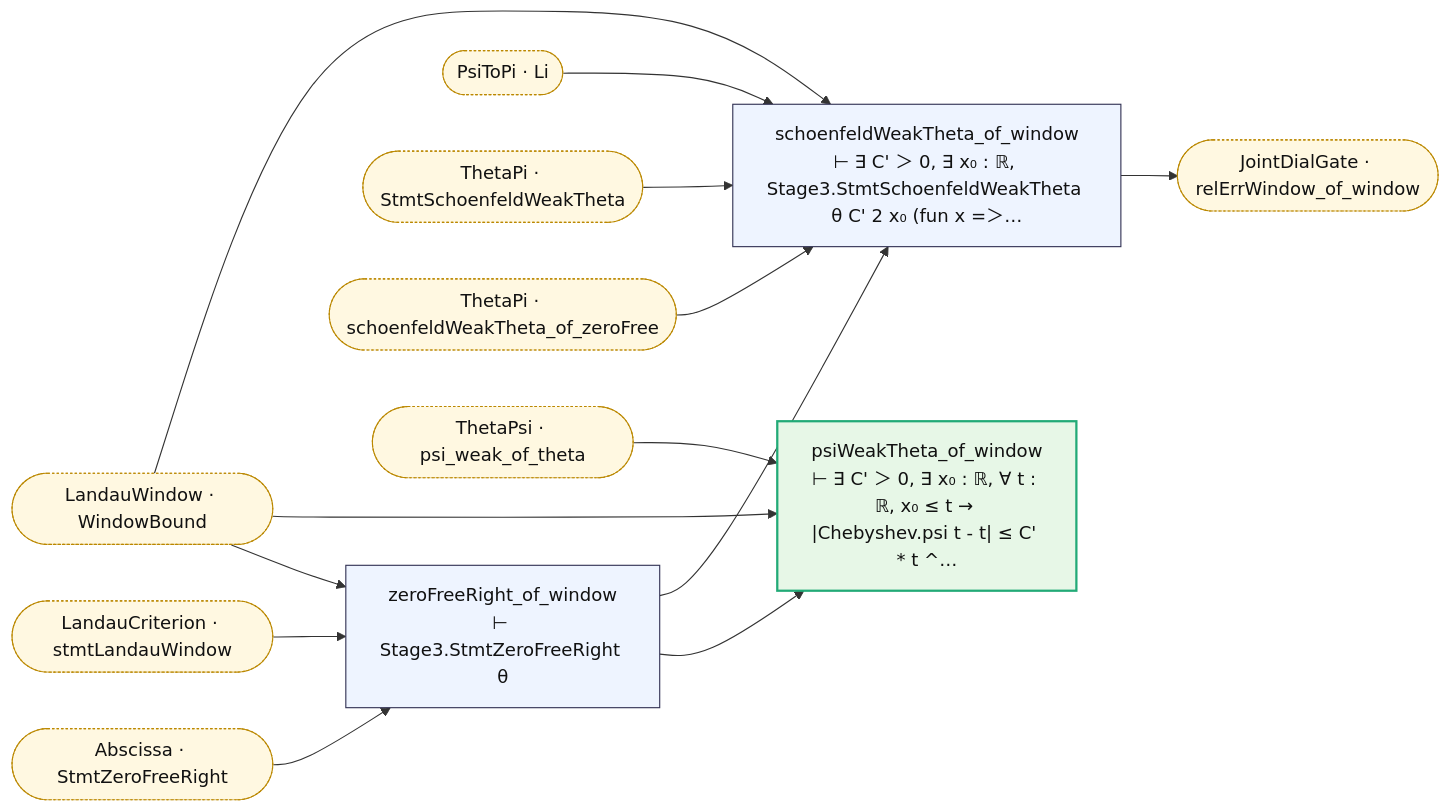
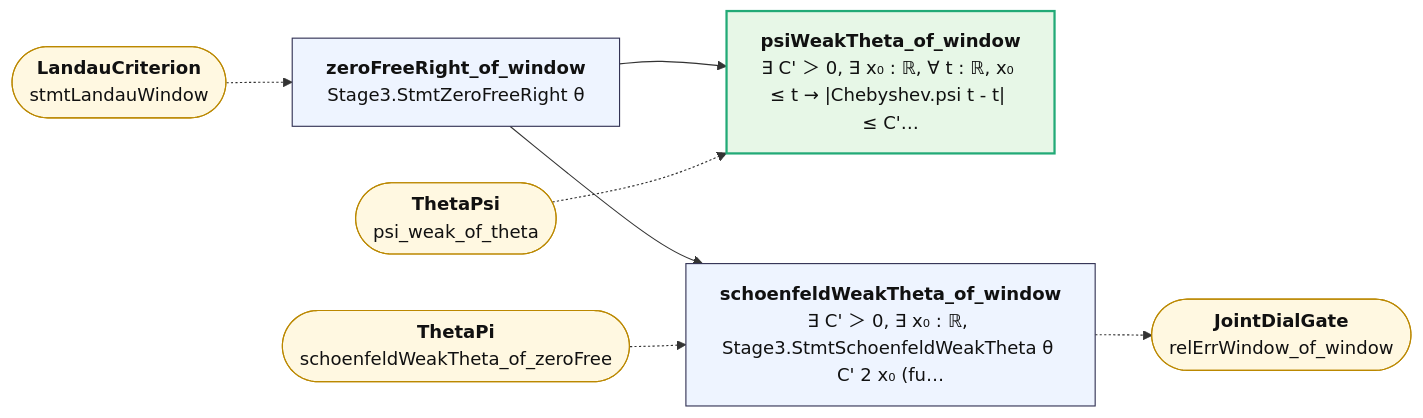
One commit to juliansambranojr/Primebeat_081426 changed the diagram in map/lean_stage3/JointWindowDial.md. Above: the diagram before and after it, drawn with Mermaid. The commit also changed other lines of this file and 387 other files, not shown here.

````diff
--- a/map/lean_stage3/JointWindowDial.md
+++ b/map/lean_stage3/JointWindowDial.md
@@ -8,32 +12,21 @@
 ```mermaid
 flowchart LR
-  n0["zeroFreeRight_of_window<br/>⊢ Stage3.StmtZeroFreeRight θ"]:::thm
-  n1["psiWeakTheta_of_window<br/>⊢ ∃ C' ＞ 0, ∃ x₀ : ℝ, ∀ t : ℝ, x₀ ≤ t → |Chebyshev.psi t - t| ≤ C' * t ^…"]:::end_
-  n2["schoenfeldWeakTheta_of_window<br/>⊢ ∃ C' ＞ 0, ∃ x₀ : ℝ, Stage3.StmtSchoenfeldWeakTheta θ C' 2 x₀ (fun x =＞…"]:::thm
-  x0(["Abscissa · StmtZeroFreeRight"]):::ext
-  x1(["JointDialGate · relErrWindow_of_window"]):::ext
-  x2(["LandauCriterion · stmtLandauWindow"]):::ext
-  x3(["LandauWindow · WindowBound"]):::ext
-  x4(["PsiToPi · Li"]):::ext
-  x5(["ThetaPi · StmtSchoenfeldWeakTheta"]):::ext
-  x6(["ThetaPi · schoenfeldWeakTheta_of_zeroFree"]):::ext
-  x7(["ThetaPsi · psi_weak_of_theta"]):::ext
+  n0["<b>zeroFreeRight_of_window</b><br/>Stage3.StmtZeroFreeRight θ"]:::thm
+  n1["<b>psiWeakTheta_of_window</b><br/>∃ C' ＞ 0, ∃ x₀ : ℝ, ∀ t : ℝ, x₀ ≤ t → |Chebyshev.psi t - t| ≤ C'…"]:::end_
+  n2["<b>schoenfeldWeakTheta_of_window</b><br/>∃ C' ＞ 0, ∃ x₀ : ℝ, Stage3.StmtSchoenfeldWeakTheta θ C' 2 x₀ (fu…"]:::thm
+  x0(["<b>LandauCriterion</b><br/>stmtLandauWindow"]):::ext
+  x1(["<b>ThetaPsi</b><br/>psi_weak_of_theta"]):::ext
+  x2(["<b>ThetaPi</b><br/>schoenfeldWeakTheta_of_zeroFree"]):::ext
+  x3(["<b>JointDialGate</b><br/>relErrWindow_of_window"]):::ext
   n0 --> n1
   n0 --> n2
-  n2 --> x1
-  x0 --> n0
-  x2 --> n0
-  x3 --> n0
-  x3 --> n1
-  x3 --> n2
-  x4 --> n2
-  x5 --> n2
-  x6 --> n2
-  x7 --> n1
+  n2 -.-> x3
+  x0 -.-> n0
+  x1 -.-> n1
+  x2 -.-> n2
   classDef thm fill:#eef4ff,stroke:#335,color:#111
-  classDef dfn fill:#f2f2f2,stroke:#777,color:#111
   classDef end_ fill:#e7f7e7,stroke:#2a7,color:#111,stroke-width:2px
   classDef lone fill:#fff,stroke:#999,color:#111,stroke-dasharray:4 3
   classDef bad fill:#ffe5e5,stroke:#c22,color:#111,stroke-width:2px
-  classDef ext fill:#fff8e1,stroke:#b80,color:#111,stroke-dasharray:2 2
+  classDef ext fill:#fff8e1,stroke:#b80,color:#111
 ```
````
